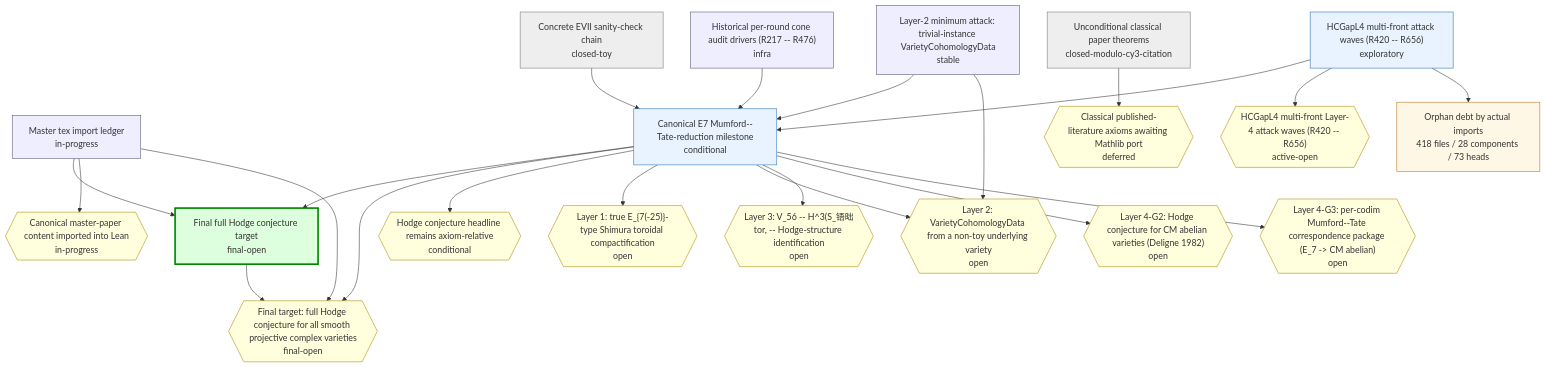
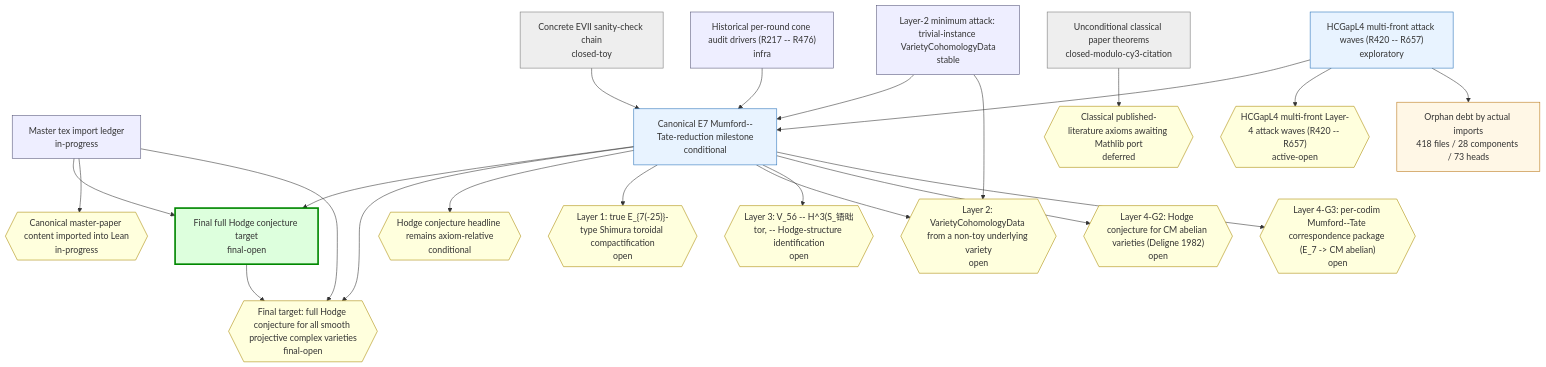
The first of 2 diagrams in chain-status/research-map.md (crabsatellite/hodge-conjecture-lean4-formalization), drawn with Mermaid before and after one commit. The commit also changed other lines of this file and 8 other files, not shown here.

````diff
--- a/chain-status/research-map.md
+++ b/chain-status/research-map.md
@@ -46,54 +46,54 @@
 ```mermaid
 graph TD
   classDef main fill:#dfd,stroke:#080,stroke-width:3px
   classDef active fill:#e8f3ff,stroke:#2670b8
   classDef support fill:#eef,stroke:#557
   classDef closed fill:#eee,stroke:#777
   classDef dead fill:#fdd,stroke:#a00,stroke-width:2px
   classDef gapOpen fill:#ffd,stroke:#a80
   classDef gapClosed fill:#eee,stroke:#777
   classDef gapDead fill:#fdd,stroke:#a00
   classDef debt fill:#fff7e6,stroke:#b87514
   classDef debtTaxonomy fill:#e8f3ff,stroke:#2670b8,stroke-dasharray:3 3
   classDef debtRule fill:#eefbea,stroke:#398439,stroke-dasharray:3 3
   classDef debtDead fill:#fdd,stroke:#a00,stroke-dasharray:3 3
   chain_full_hc_final_target["Final full Hodge conjecture target\nfinal-open"]:::main
   chain_master_paper_import_ledger["Master tex import ledger\nin-progress"]:::support
   chain_main_hc_axiom_relative["Canonical E7 Mumford--Tate-reduction milestone\nconditional"]:::active
   chain_unconditional_classical["Unconditional classical paper theorems\nclosed-modulo-cy3-citation"]:::closed
   chain_hcgap_l2_trivial_instances["Layer-2 minimum attack: trivial-instance VarietyCohomologyData\nstable"]:::support
-  chain_hcgap_l4_multifront_active["HCGapL4 multi-front attack waves (R420 -- R656)\nexploratory"]:::active
+  chain_hcgap_l4_multifront_active["HCGapL4 multi-front attack waves (R420 -- R657)\nexploratory"]:::active
   chain_concrete_evii_toy["Concrete EVII sanity-check chain\nclosed-toy"]:::closed
   chain_historical_cone_audits["Historical per-round cone audit drivers (R217 -- R476)\ninfra"]:::support
   gap_G_full_hc{{"Final target: full Hodge conjecture for all smooth projective complex varieties\nfinal-open"}}:::gapOpen
   gap_G_master_paper_import{{"Canonical master-paper content imported into Lean\nin-progress"}}:::gapOpen
   gap_G_main_hc{{"Hodge conjecture headline remains axiom-relative\nconditional"}}:::gapOpen
   gap_G_l1_e7_shimura_tor{{"Layer 1: true E_{7(-25)}-type Shimura toroidal compactification\nopen"}}:::gapOpen
   gap_G_l2_cohomology_construction{{"Layer 2: VarietyCohomologyData from a non-toy underlying variety\nopen"}}:::gapOpen
   gap_G_l3_v56_mt_identification{{"Layer 3: V_56 -- H^3(S_铻昢tor, -- Hodge-structure identification\nopen"}}:::gapOpen
   gap_G_l4_cm_abelian_hc{{"Layer 4-G2: Hodge conjecture for CM abelian varieties (Deligne 1982)\nopen"}}:::gapOpen
   gap_G_l4_mt_correspondence{{"Layer 4-G3: per-codim Mumford--Tate correspondence package (E_7 -> CM abelian)\nopen"}}:::gapOpen
   gap_G_classical_mathlib_port{{"Classical published-literature axioms awaiting Mathlib port\ndeferred"}}:::gapOpen
-  gap_G_hcgap_l4_multifront{{"HCGapL4 multi-front Layer-4 attack waves (R420 -- R656)\nactive-open"}}:::gapOpen
+  gap_G_hcgap_l4_multifront{{"HCGapL4 multi-front Layer-4 attack waves (R420 -- R657)\nactive-open"}}:::gapOpen
   chain_full_hc_final_target --> gap_G_full_hc
   chain_master_paper_import_ledger --> chain_full_hc_final_target
   chain_master_paper_import_ledger --> gap_G_master_paper_import
   chain_master_paper_import_ledger --> gap_G_full_hc
   chain_main_hc_axiom_relative --> chain_full_hc_final_target
   chain_main_hc_axiom_relative --> gap_G_full_hc
   chain_main_hc_axiom_relative --> gap_G_main_hc
   chain_main_hc_axiom_relative --> gap_G_l1_e7_shimura_tor
   chain_main_hc_axiom_relative --> gap_G_l2_cohomology_construction
   chain_main_hc_axiom_relative --> gap_G_l3_v56_mt_identification
   chain_main_hc_axiom_relative --> gap_G_l4_cm_abelian_hc
   chain_main_hc_axiom_relative --> gap_G_l4_mt_correspondence
   chain_unconditional_classical --> gap_G_classical_mathlib_port
   chain_hcgap_l2_trivial_instances --> chain_main_hc_axiom_relative
   chain_hcgap_l2_trivial_instances --> gap_G_l2_cohomology_construction
   chain_hcgap_l4_multifront_active --> chain_main_hc_axiom_relative
   chain_hcgap_l4_multifront_active --> gap_G_hcgap_l4_multifront
   chain_concrete_evii_toy --> chain_main_hc_axiom_relative
   chain_historical_cone_audits --> chain_main_hc_axiom_relative
   debt_all["Orphan debt by actual imports\n418 files / 28 components / 73 heads"]:::debt
   chain_hcgap_l4_multifront_active --> debt_all
 ```
````
